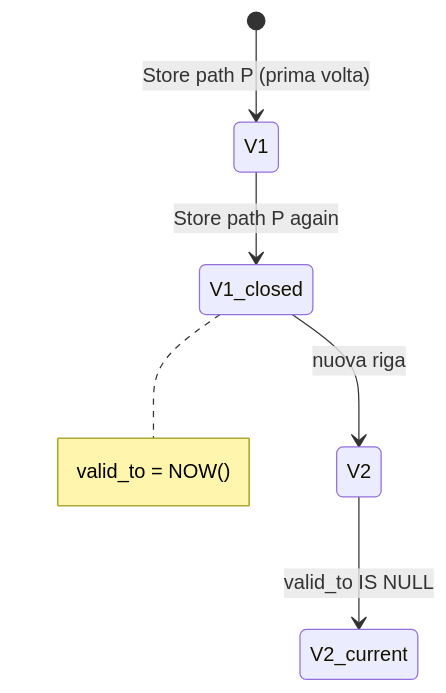
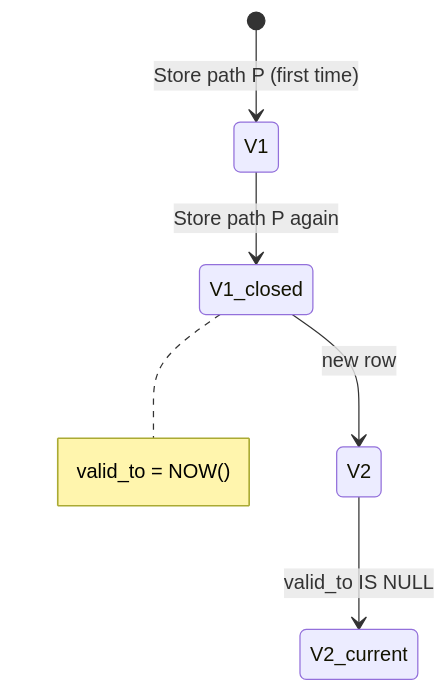
Before and after one commit to marco-spagn/pcmi: the second of 3 diagrams in docs/DATA-MODEL.md, drawn with Mermaid. The commit also changed other lines of this file and 47 other files, not shown here.

````diff
--- a/docs/DATA-MODEL.md
+++ b/docs/DATA-MODEL.md
@@ -36,8 +36,8 @@
 ```mermaid
 stateDiagram-v2
-  [*] --> V1: Store path P (prima volta)
+  [*] --> V1: Store path P (first time)
   V1 --> V1_closed: Store path P again
-  V1_closed --> V2: nuova riga
+  V1_closed --> V2: new row
   V2 --> V2_current: valid_to IS NULL
   note right of V1_closed: valid_to = NOW()
 ```
````
